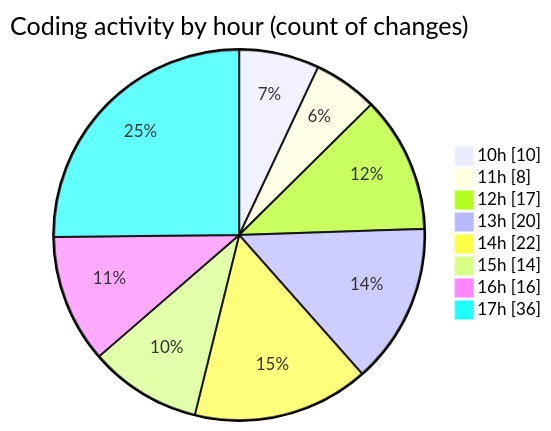
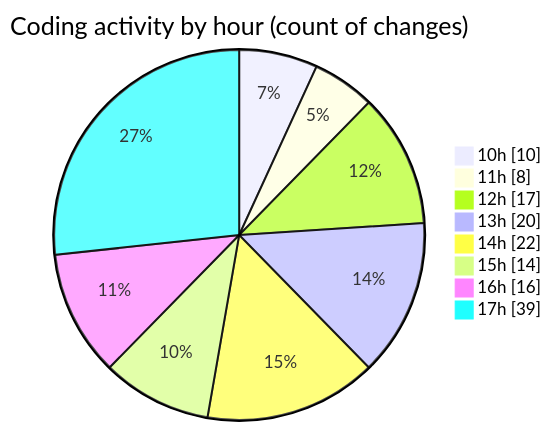
Before and after one commit to momahboobian/code-tracking: the second of 2 diagrams in 2025-12-03/cda/README.md, drawn with Mermaid. The commit also changed other lines of this file and 1 other file, not shown here.

````diff
--- a/2025-12-03/cda/README.md
+++ b/2025-12-03/cda/README.md
@@ -44,12 +44,12 @@
 ```mermaid
 pie showData
 title Coding activity by hour (count of changes)
 "10h" : 10
 "11h" : 8
 "12h" : 17
 "13h" : 20
 "14h" : 22
 "15h" : 14
 "16h" : 16
-"17h" : 36
+"17h" : 39
 ```
````
